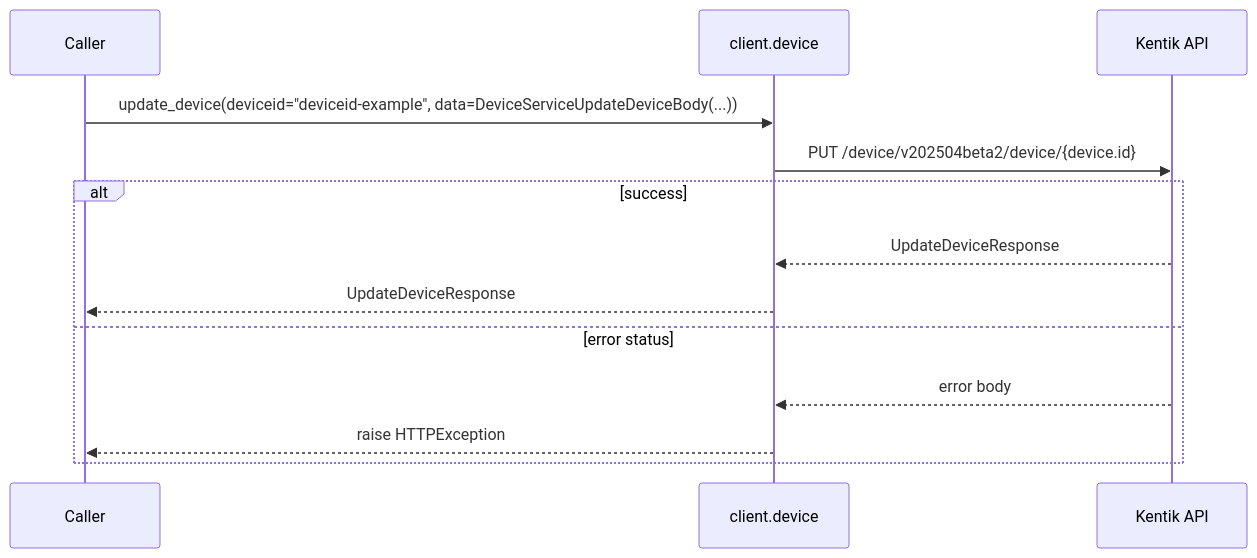
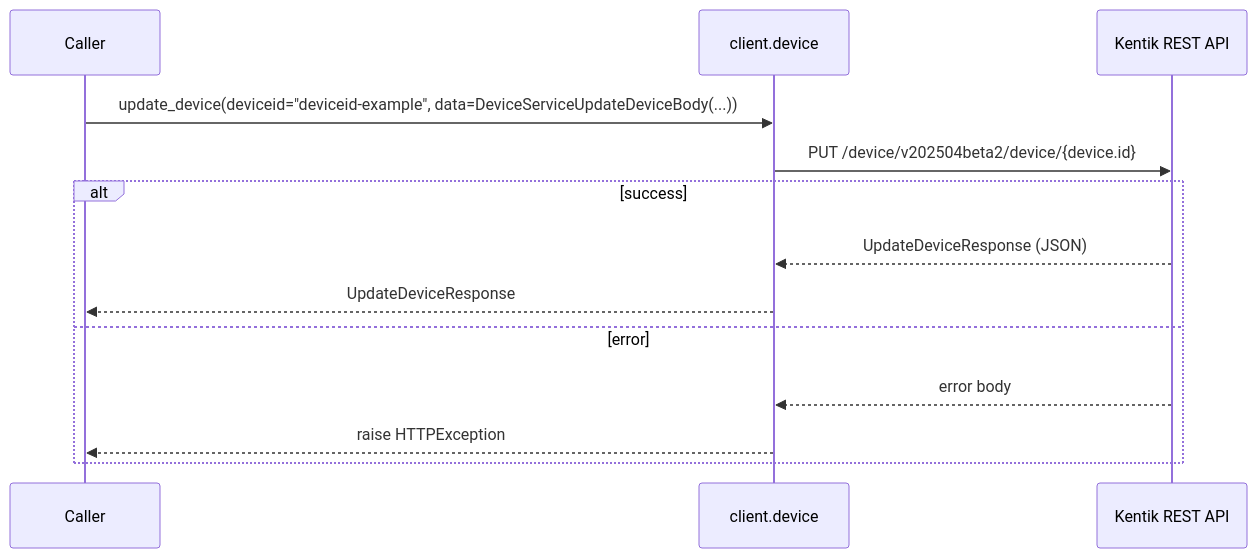
Before and after one commit to alexdearaujo/community_sdk_python: diagram 16 of 22 in docs/sphinx/services/device.md, drawn with Mermaid. The commit also changed other lines of this file and 61 other files, not shown here.

````diff
--- a/docs/sphinx/services/device.md
+++ b/docs/sphinx/services/device.md
@@ -384,16 +561,16 @@
 ```mermaid
 sequenceDiagram
     participant C as Caller
     participant W as client.device
-    participant API as Kentik API
+    participant API as Kentik REST API
 
     C->>W: update_device(deviceid="deviceid-example", data=DeviceServiceUpdateDeviceBody(...))
     W->>API: PUT /device/v202504beta2/device/{device.id}
     alt success
-        API-->>W: UpdateDeviceResponse
+        API-->>W: UpdateDeviceResponse (JSON)
         W-->>C: UpdateDeviceResponse
-    else error status
+    else error
         API-->>W: error body
         W-->>C: raise HTTPException
     end
 ```
````
